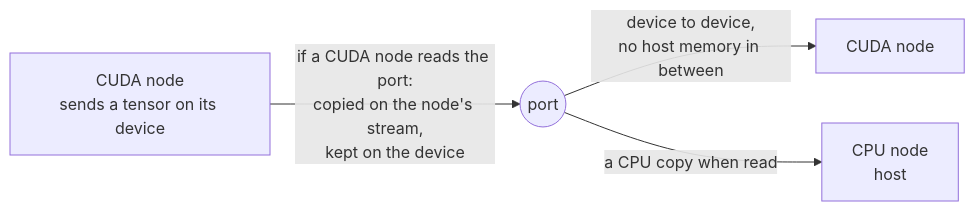
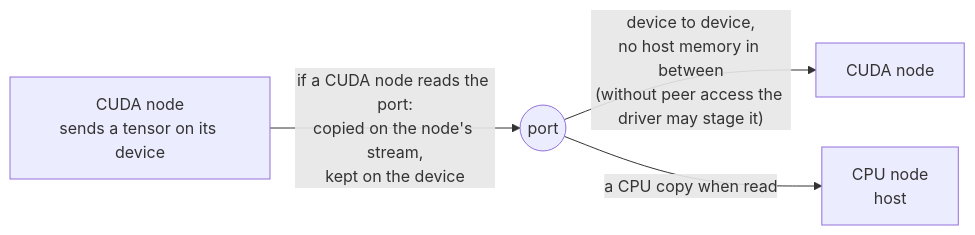
The fourth of 4 diagrams in docs/en/topics/threads-and-devices.md (Geson-anko/mujou), drawn with Mermaid before and after one commit. The commit also changed other lines of this file and 49 other files, not shown here.

````diff
--- a/docs/en/topics/threads-and-devices.md
+++ b/docs/en/topics/threads-and-devices.md
@@ -204,6 +114,6 @@
 ```mermaid
 flowchart LR
     A["CUDA node<br/>sends a tensor on its device"] -->|"if a CUDA node reads the port:<br/>copied on the node's stream,<br/>kept on the device"| P(("port"))
-    P -->|"device to device,<br/>no host memory in between"| B["CUDA node"]
+    P -->|"device to device,<br/>no host memory in between<br/>(without peer access the driver may stage it)"| B["CUDA node"]
     P -->|"a CPU copy when read"| C["CPU node<br/>host"]
 ```
````
